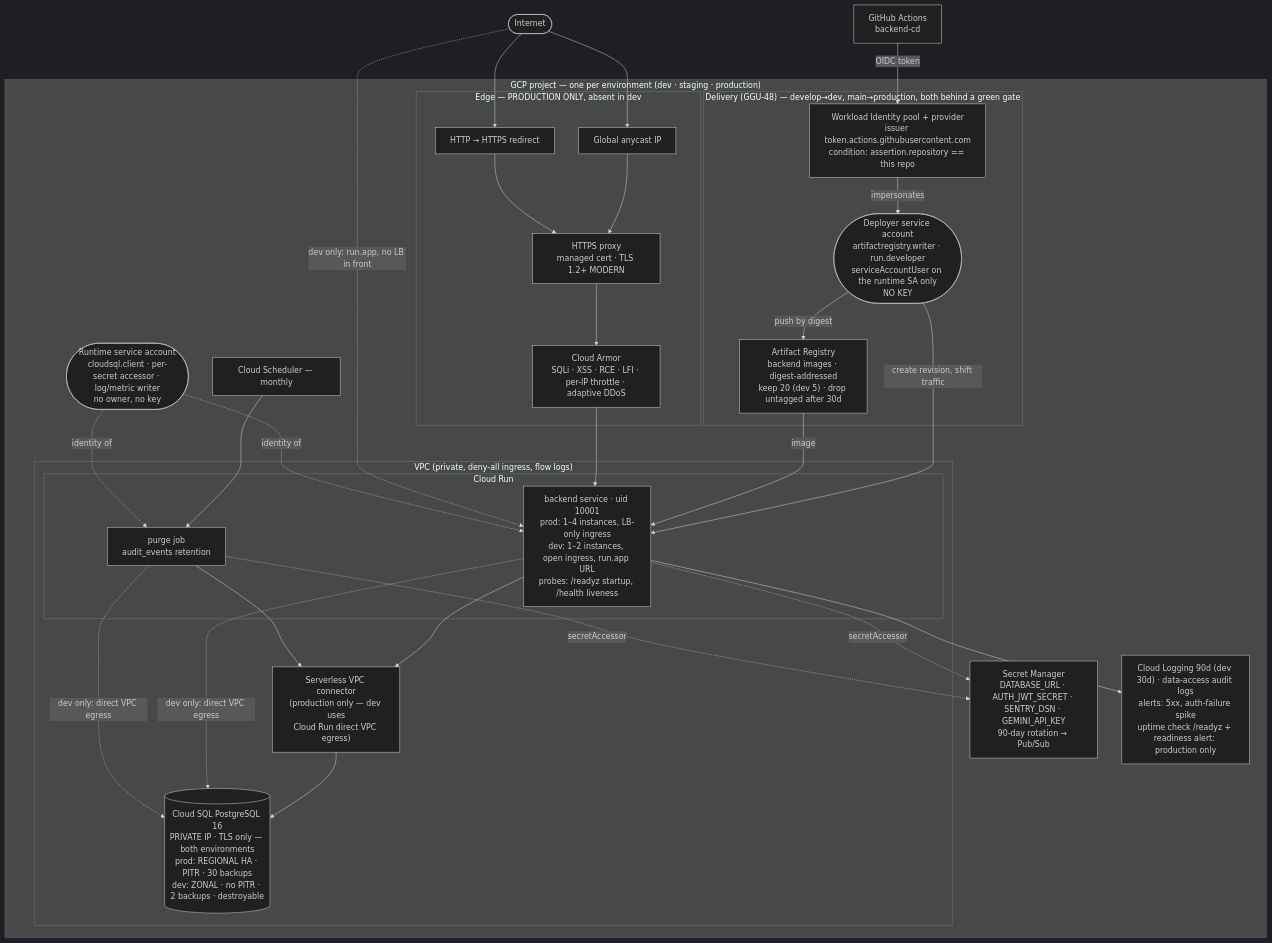
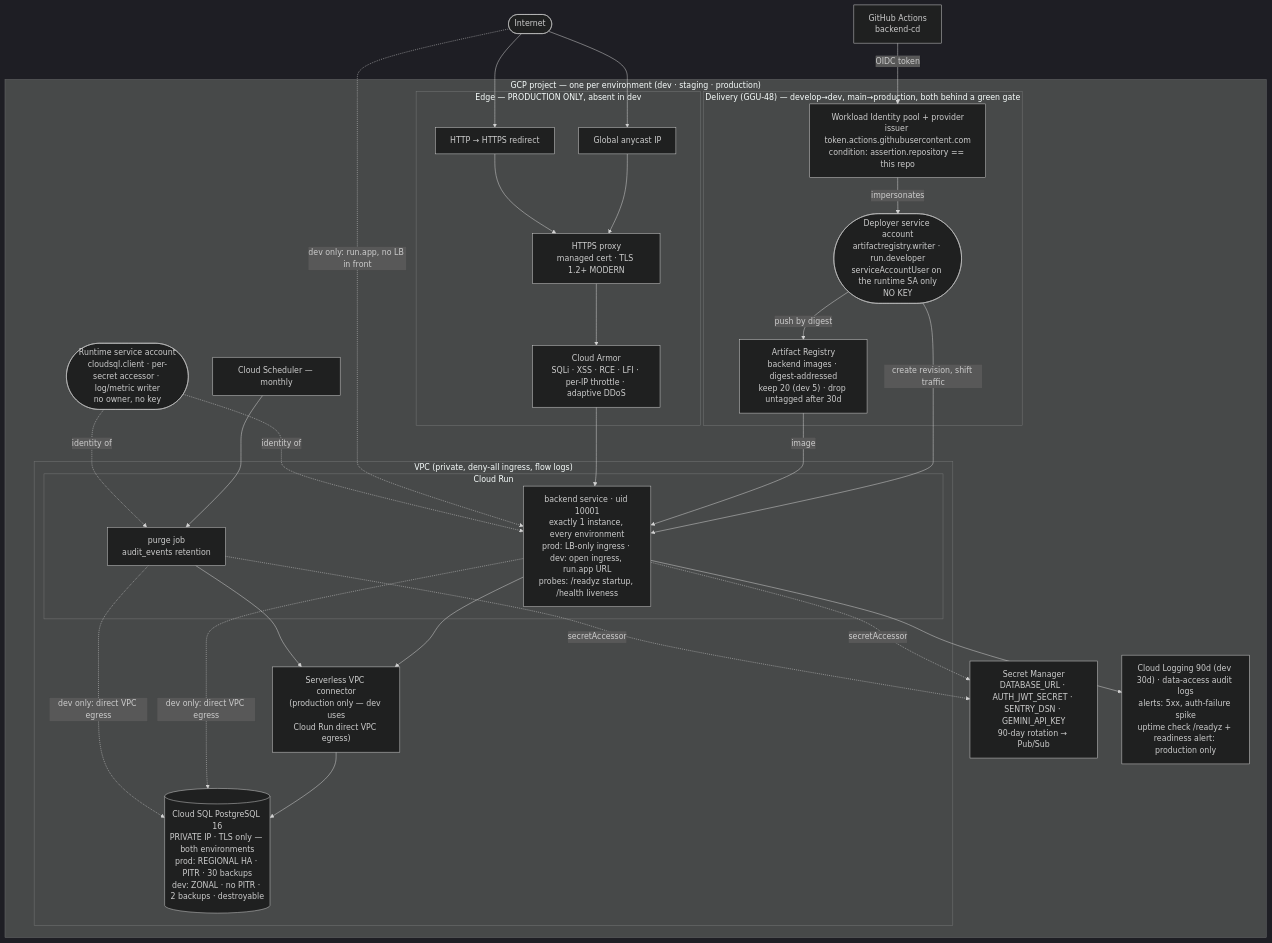
One commit to somnio-projects/finance-google-a2ui changed the diagram in docs/diagrams/08-infrastructure.md. Above: the diagram before and after it, drawn with Mermaid (dark theme). The commit also changed other lines of this file and 15 other files, not shown here.

````diff
--- a/docs/diagrams/08-infrastructure.md
+++ b/docs/diagrams/08-infrastructure.md
@@ -7,62 +7,63 @@
 ```mermaid
 flowchart TB
     net([Internet])
     subgraph gcp["GCP project — one per environment (dev · staging · production)"]
         subgraph edge["Edge — PRODUCTION ONLY, absent in dev"]
             ip["Global anycast IP"]
             https["HTTPS proxy<br/>managed cert · TLS 1.2+ MODERN"]
             armor["Cloud Armor<br/>SQLi · XSS · RCE · LFI · per-IP throttle · adaptive DDoS"]
             httpr["HTTP → HTTPS redirect"]
         end
         subgraph vpc["VPC (private, deny-all ingress, flow logs)"]
             conn["Serverless VPC connector<br/>(production only — dev uses<br/>Cloud Run direct VPC egress)"]
             subgraph runtime["Cloud Run"]
-                svc["backend service · uid 10001<br/>prod: 1–4 instances, LB-only ingress<br/>dev: 1–2 instances, open ingress, run.app URL<br/>probes: /readyz startup, /health liveness"]
+                svc["backend service · uid 10001<br/>exactly 1 instance, every environment<br/>prod: LB-only ingress · dev: open ingress, run.app URL<br/>probes: /readyz startup, /health liveness"]
                 job["purge job<br/>audit_events retention"]
             end
             sql[("Cloud SQL PostgreSQL 16<br/>PRIVATE IP · TLS only — both environments<br/>prod: REGIONAL HA · PITR · 30 backups<br/>dev: ZONAL · no PITR · 2 backups · destroyable")]
         end
         sm["Secret Manager<br/>DATABASE_URL · AUTH_JWT_SECRET · SENTRY_DSN · GEMINI_API_KEY<br/>90-day rotation → Pub/Sub"]
         obs["Cloud Logging 90d (dev 30d) · data-access audit logs<br/>alerts: 5xx, auth-failure spike<br/>uptime check /readyz + readiness alert: production only"]
         sched["Cloud Scheduler — monthly"]
         sa(["Runtime service account<br/>cloudsql.client · per-secret accessor · log/metric writer<br/>no owner, no key"])
         subgraph delivery["Delivery (GGU-48) — develop→dev, main→production, both behind a green gate"]
             ar["Artifact Registry<br/>backend images · digest-addressed<br/>keep 20 (dev 5) · drop untagged after 30d"]
             wif["Workload Identity pool + provider<br/>issuer token.actions.githubusercontent.com<br/>condition: assertion.repository == this repo"]
             dsa(["Deployer service account<br/>artifactregistry.writer · run.developer<br/>serviceAccountUser on the runtime SA only<br/>NO KEY"])
         end
     end
 
     gha["GitHub Actions<br/>backend-cd"] -->|"OIDC token"| wif
     wif -->|impersonates| dsa
     dsa -->|push by digest| ar
     dsa -->|create revision, shift traffic| svc
     ar -->|image| svc
 
     net --> ip --> https --> armor --> svc
     net --> httpr --> https
     net -. "dev only: run.app, no LB in front" .-> svc
     svc --> conn --> sql
     svc -. "dev only: direct VPC egress" .-> sql
     sched --> job --> conn
     job -. "dev only: direct VPC egress" .-> sql
     svc -. "secretAccessor" .-> sm
     job -. "secretAccessor" .-> sm
     svc --> obs
     sa -.->|"identity of"| svc
     sa -.->|"identity of"| job
 
     %% Everything here is Terraform: infra/{network,database,secrets,iam,run,edge,observability,delivery}.tf
     %% trivy config: 0 misconfigurations. Apply is GGU-29.
     %% The edge subgraph and the connector are counted out of dev by local.ephemeral
     %% (main.tf). Dev therefore has NO WAF, NO edge rate limit and NO HA — a real
     %% reduction, accepted as risk R-16 because dev holds synthetic data only.
     %% Secrets, per-secret IAM, private DB IP, TLS-only and the keyless pipeline
     %% are identical in every environment: dev gives up durability, not privacy.
     %% The deployer can publish an image and create a revision. It cannot read
     %% a secret, reach the database, or act as any other identity.
-    %% Instance counts are capacity, not correctness: session and portfolio
-    %% state are in Cloud SQL, so any instance can answer any follow-up turn
-    %% (ADR-F D-7). min-instances = 1 is bought for demo latency (D-8), and is
-    %% NOT a state-sharing guarantee — ADR-F D-4 used to conflate the two.
+    %% ONE instance is not a cost choice: the rate limiter and the feature-flag
+    %% cache count in process memory, so the documented per-principal limit only
+    %% holds while one process serves the traffic (ADR-F D-9, GGU-83). Raising
+    %% max_instances turns test_rate_limit_ceiling.sh red on purpose. Session and
+    %% portfolio state are in Cloud SQL and do NOT need the pin.
 ```
````
